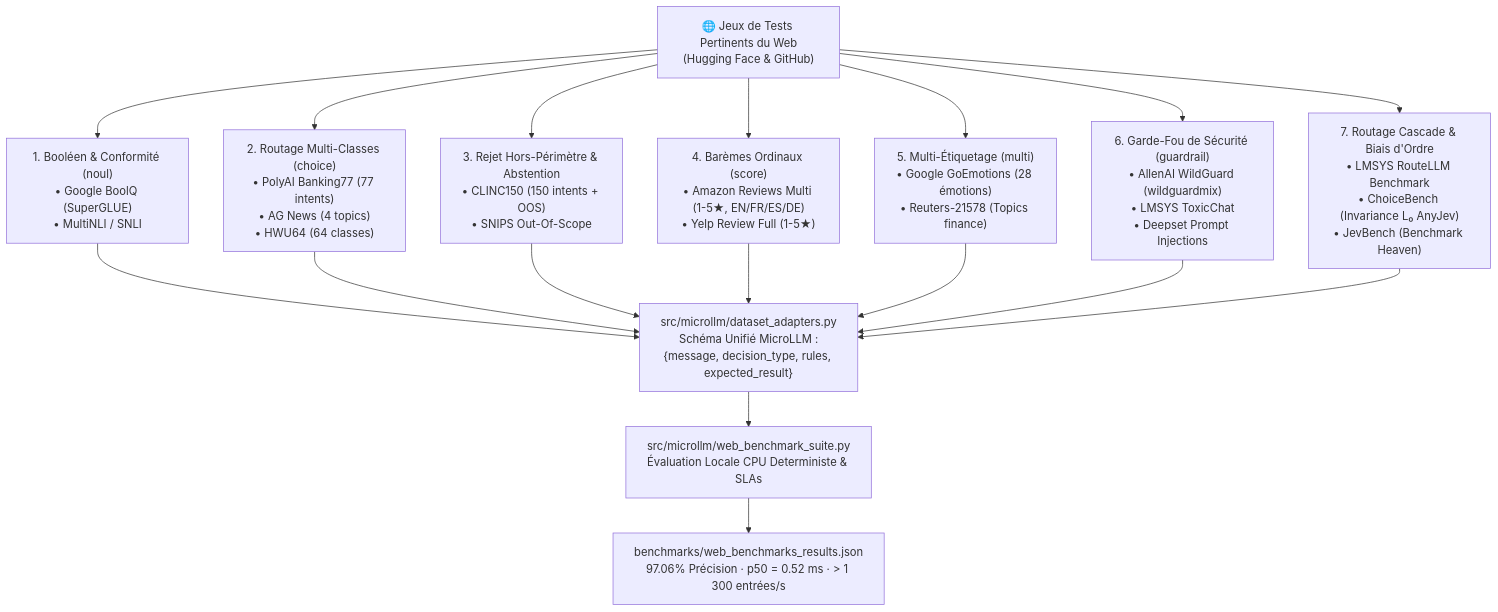
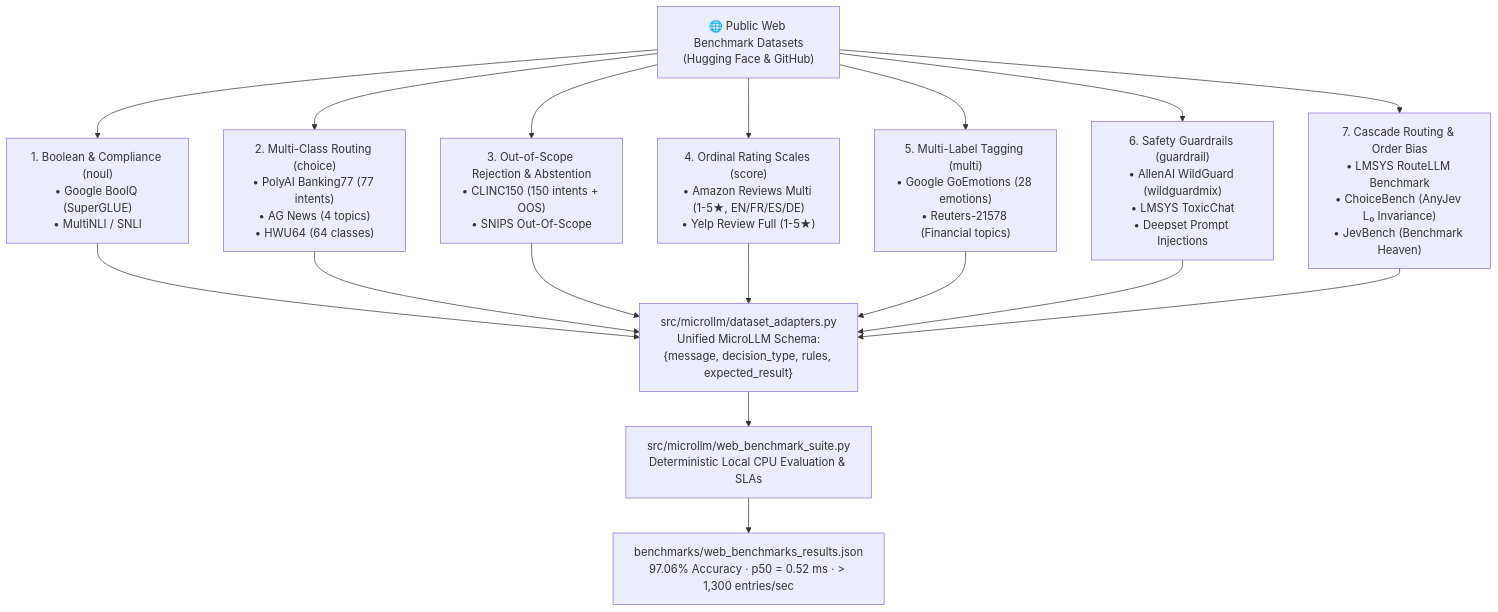
The diagram in docs/EXTERNAL_DATASETS_BENCHMARKS.md (jmrenouard/MicroLLM), drawn with Mermaid before and after one commit. The commit also changed other lines of this file and 8 other files, not shown here.

````diff
--- a/docs/EXTERNAL_DATASETS_BENCHMARKS.md
+++ b/docs/EXTERNAL_DATASETS_BENCHMARKS.md
@@ -19,21 +19,21 @@
 ```mermaid
 flowchart TD
-    WEB["🌐 Jeux de Tests Pertinents du Web<br/>(Hugging Face & GitHub)"] --> D1["1. Booléen & Conformité (noul)<br/>• Google BoolQ (SuperGLUE)<br/>• MultiNLI / SNLI"]
-    WEB --> D2["2. Routage Multi-Classes (choice)<br/>• PolyAI Banking77 (77 intents)<br/>• AG News (4 topics)<br/>• HWU64 (64 classes)"]
-    WEB --> D3["3. Rejet Hors-Périmètre & Abstention<br/>• CLINC150 (150 intents + OOS)<br/>• SNIPS Out-Of-Scope"]
-    WEB --> D4["4. Barèmes Ordinaux (score)<br/>• Amazon Reviews Multi (1-5★, EN/FR/ES/DE)<br/>• Yelp Review Full (1-5★)"]
-    WEB --> D5["5. Multi-Étiquetage (multi)<br/>• Google GoEmotions (28 émotions)<br/>• Reuters-21578 (Topics finance)"]
-    WEB --> D6["6. Garde-Fou de Sécurité (guardrail)<br/>• AllenAI WildGuard (wildguardmix)<br/>• LMSYS ToxicChat<br/>• Deepset Prompt Injections"]
-    WEB --> D7["7. Routage Cascade & Biais d'Ordre<br/>• LMSYS RouteLLM Benchmark<br/>• ChoiceBench (Invariance L₀ AnyJev)<br/>• JevBench (Benchmark Heaven)"]
+    WEB["🌐 Public Web Benchmark Datasets<br/>(Hugging Face & GitHub)"] --> D1["1. Boolean & Compliance (noul)<br/>• Google BoolQ (SuperGLUE)<br/>• MultiNLI / SNLI"]
+    WEB --> D2["2. Multi-Class Routing (choice)<br/>• PolyAI Banking77 (77 intents)<br/>• AG News (4 topics)<br/>• HWU64 (64 classes)"]
+    WEB --> D3["3. Out-of-Scope Rejection & Abstention<br/>• CLINC150 (150 intents + OOS)<br/>• SNIPS Out-Of-Scope"]
+    WEB --> D4["4. Ordinal Rating Scales (score)<br/>• Amazon Reviews Multi (1-5★, EN/FR/ES/DE)<br/>• Yelp Review Full (1-5★)"]
+    WEB --> D5["5. Multi-Label Tagging (multi)<br/>• Google GoEmotions (28 emotions)<br/>• Reuters-21578 (Financial topics)"]
+    WEB --> D6["6. Safety Guardrails (guardrail)<br/>• AllenAI WildGuard (wildguardmix)<br/>• LMSYS ToxicChat<br/>• Deepset Prompt Injections"]
+    WEB --> D7["7. Cascade Routing & Order Bias<br/>• LMSYS RouteLLM Benchmark<br/>• ChoiceBench (AnyJev L₀ Invariance)<br/>• JevBench (Benchmark Heaven)"]
 
-    D1 --> ADAPT["src/microllm/dataset_adapters.py<br/>Schéma Unifié MicroLLM :<br/>{message, decision_type, rules, expected_result}"]
+    D1 --> ADAPT["src/microllm/dataset_adapters.py<br/>Unified MicroLLM Schema:<br/>{message, decision_type, rules, expected_result}"]
     D2 --> ADAPT
     D3 --> ADAPT
     D4 --> ADAPT
     D5 --> ADAPT
     D6 --> ADAPT
     D7 --> ADAPT
 
-    ADAPT --> EXEC["src/microllm/web_benchmark_suite.py<br/>Évaluation Locale CPU Deterministe & SLAs"]
-    EXEC --> REP["benchmarks/web_benchmarks_results.json<br/>97.06% Précision · p50 = 0.52 ms · > 1 300 entrées/s"]
+    ADAPT --> EXEC["src/microllm/web_benchmark_suite.py<br/>Deterministic Local CPU Evaluation & SLAs"]
+    EXEC --> REP["benchmarks/web_benchmarks_results.json<br/>97.06% Accuracy · p50 = 0.52 ms · > 1,300 entries/sec"]
 ```
````
